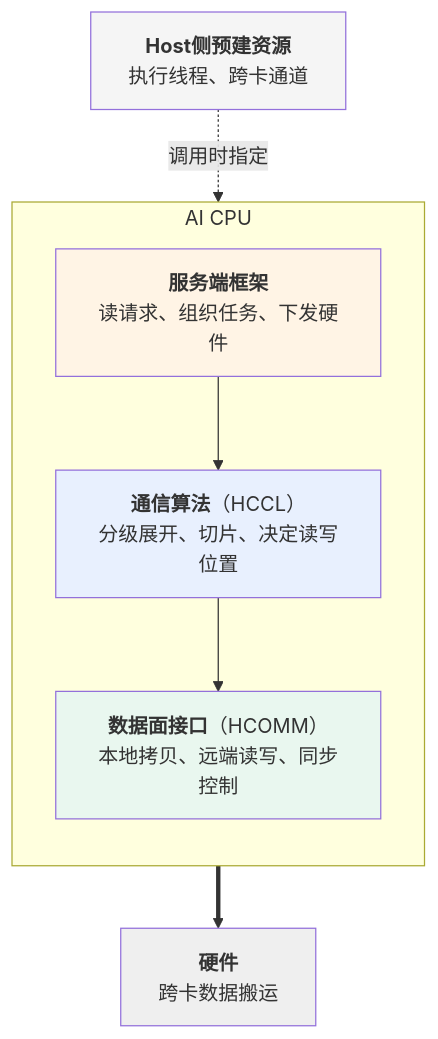
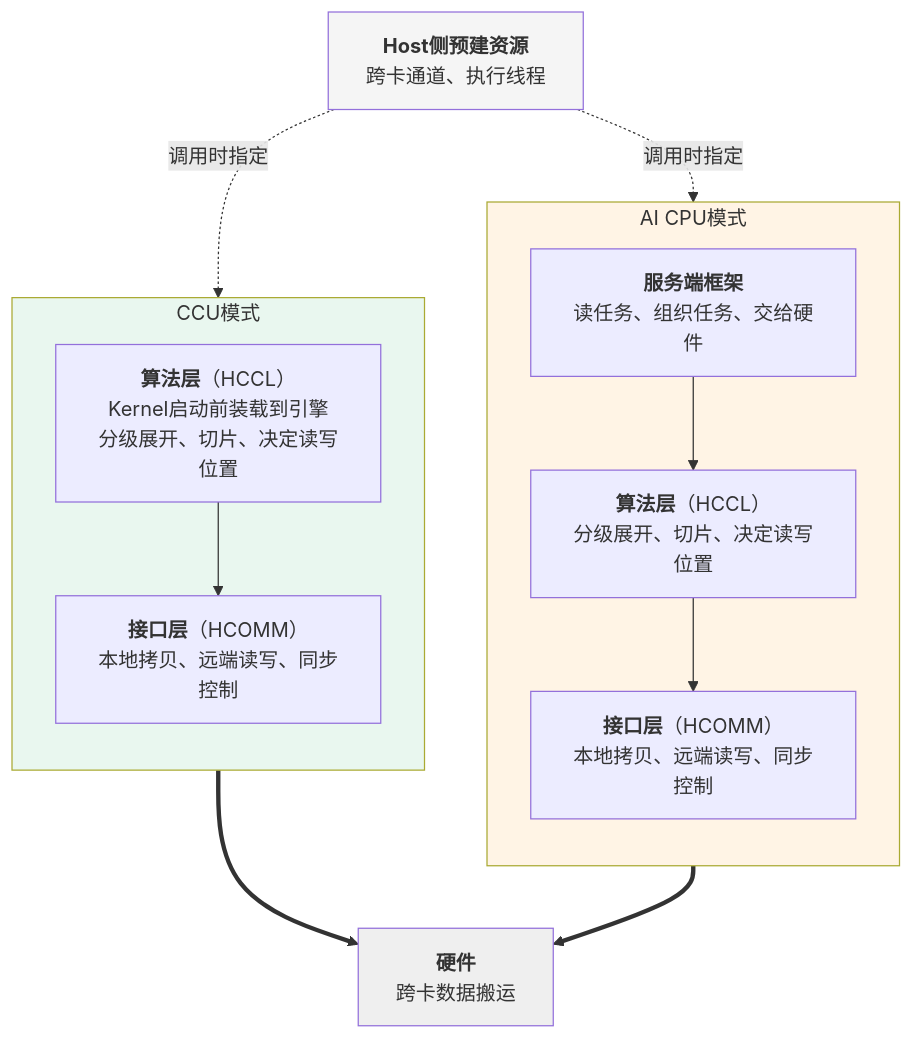
Before and after one commit to Atlas-Ascend-Fork/asc-comm: the sixth of 7 diagrams in docs/zh/编程模型/MC2编程模型/通信模型planB.md, drawn with Mermaid. The commit also changed other lines of this file, not shown here.

````diff
--- a/docs/zh/编程模型/MC2编程模型/通信模型planB.md
+++ b/docs/zh/编程模型/MC2编程模型/通信模型planB.md
@@ -296,22 +369,30 @@
 ```mermaid
 flowchart TB
-    subgraph AICPU["AI CPU"]
+    subgraph AICPUM["AI CPU模式"]
         direction TB
-        L1["<b>服务端框架</b><br/>读请求、组织任务、下发硬件"]
-        L2["<b>通信算法</b>（HCCL）<br/>分级展开、切片、决定读写位置"]
-        L3["<b>数据面接口</b>（HCOMM）<br/>本地拷贝、远端读写、同步控制"]
+        L1["<b>服务端框架</b><br/>读任务、组织任务、交给硬件"]
+        L2["<b>算法层</b>（HCCL）<br/>分级展开、切片、决定读写位置"]
+        L3["<b>接口层</b>（HCOMM）<br/>本地拷贝、远端读写、同步控制"]
         L1 --> L2 --> L3
     end
 
+    subgraph CCUM["CCU模式"]
+        direction TB
+        M1["<b>算法层</b>（HCCL）<br/>Kernel启动前装载到引擎<br/>分级展开、切片、决定读写位置"]
+        M2["<b>接口层</b>（HCOMM）<br/>本地拷贝、远端读写、同步控制"]
+        M1 --> M2
+    end
+
+    RES["<b>Host侧预建资源</b><br/>跨卡通道、执行线程"]
     HW["<b>硬件</b><br/>跨卡数据搬运"]
-    RES["<b>Host侧预建资源</b><br/>执行线程、跨卡通道"]
 
     L3 ==> HW
+    M2 ==> HW
     RES -.->|"调用时指定"| L3
+    RES -.->|"调用时指定"| M2
 
-    style L1 fill:#fff4e5
-    style L2 fill:#e8f0fe
-    style L3 fill:#e9f7ef
+    style AICPUM fill:#fff4e5
+    style CCUM fill:#e9f7ef
     style RES fill:#f5f5f5
     style HW fill:#efefef
 ```
````
